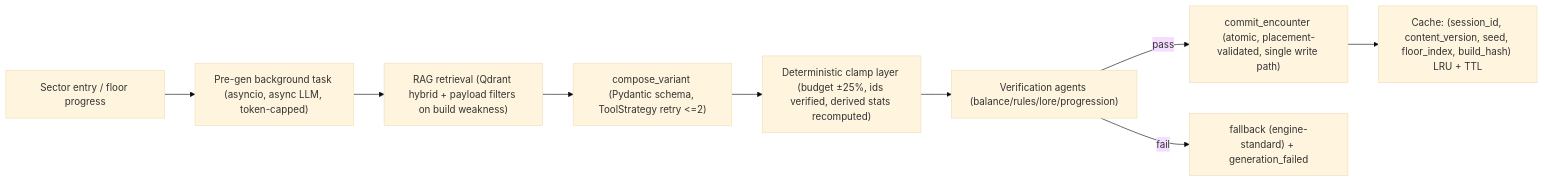
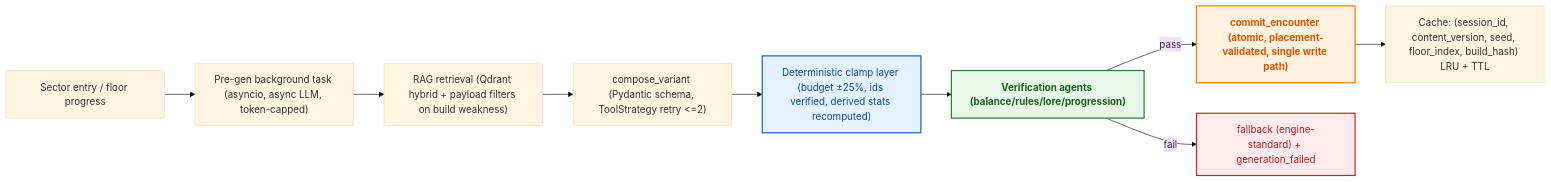
The first of 2 diagrams in docs/08-content-catalog.md (Ember96/Heirs-of-the-Abyss), drawn with Mermaid (base theme) before and after one commit. The commit also changed other lines of this file and 9 other files, not shown here.

Commit message:
docs: color-code mermaid diagrams + specs/README with statement-type conventions

````diff
--- a/docs/08-content-catalog.md
+++ b/docs/08-content-catalog.md
@@ -11,11 +13,16 @@
 ```mermaid
 flowchart LR
+  classDef crit fill:#FFF3E0,stroke:#F57C00,stroke-width:2px,color:#E65100,font-weight:bold
+  classDef ok   fill:#E8F5E9,stroke:#2E7D32,stroke-width:2px,color:#1B5E20,font-weight:bold
+  classDef bad  fill:#FFEBEE,stroke:#C62828,stroke-width:2px,color:#B71C1C
+  classDef info fill:#E3F2FD,stroke:#1565C0,stroke-width:2px,color:#0D47A1
+
   A["Sector entry / floor progress"] --> B["Pre-gen background task (asyncio, async LLM, token-capped)"]
   B --> C["RAG retrieval (Qdrant hybrid + payload filters on build weakness)"]
   C --> D["compose_variant (Pydantic schema, ToolStrategy retry <=2)"]
-  D --> E["Deterministic clamp layer (budget ±25%, ids verified, derived stats recomputed)"]
-  E --> F["Verification agents (balance/rules/lore/progression)"]
-  F -->|pass| G["commit_encounter (atomic, placement-validated, single write path)"]
-  F -->|fail| H["fallback (engine-standard) + generation_failed"]
+  D --> E["Deterministic clamp layer (budget ±25%, ids verified, derived stats recomputed)"]:::info
+  E --> F["Verification agents (balance/rules/lore/progression)"]:::ok
+  F -->|pass| G["commit_encounter (atomic, placement-validated, single write path)"]:::crit
+  F -->|fail| H["fallback (engine-standard) + generation_failed"]:::bad
   G --> I["Cache: (session_id, content_version, seed, floor_index, build_hash) LRU + TTL"]
 ```
````
